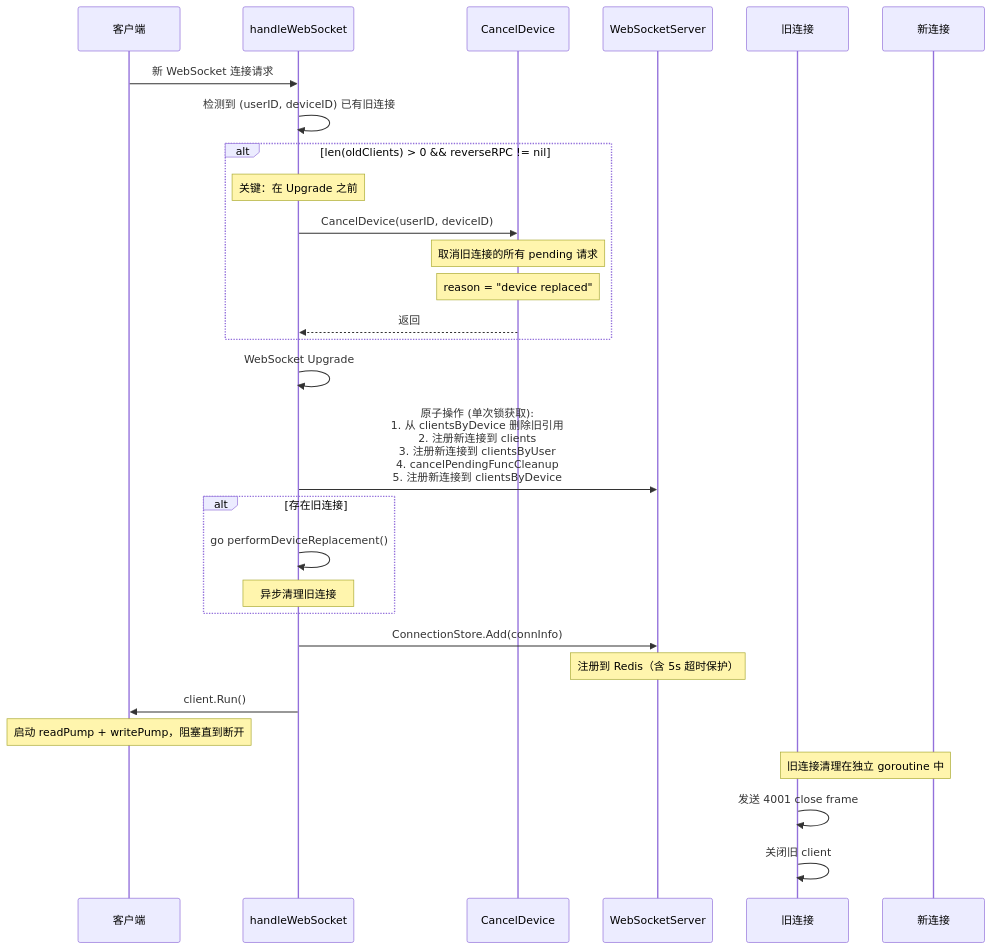
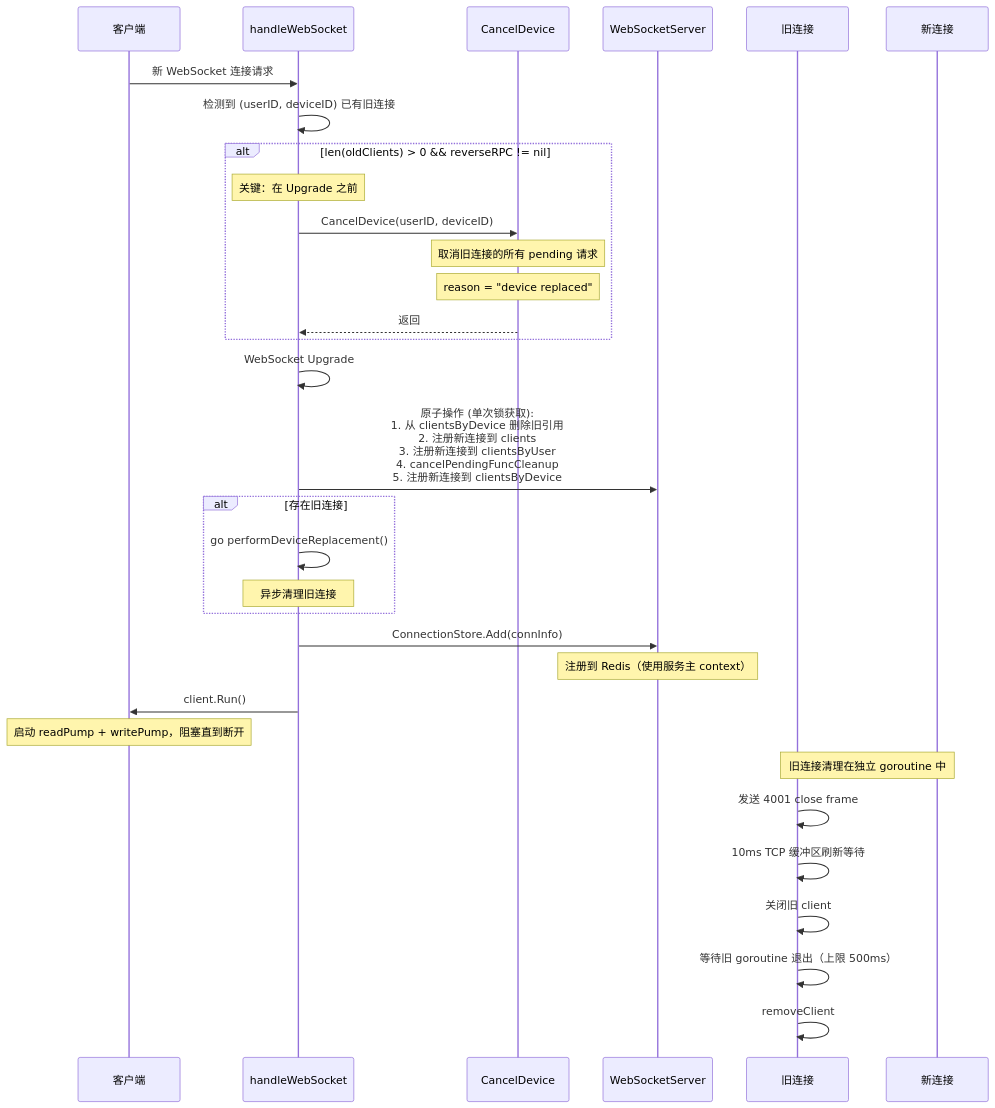
Before and after one commit to PineappleBond/xyncra-server: the tenth of 12 diagrams in wiki/flows/reverse-rpc.md, drawn with Mermaid. The commit also changed other lines of this file and 3 other files, not shown here.

Commit message:
docs(wiki): accuracy improvements across flow documents

````diff
--- a/wiki/flows/reverse-rpc.md
+++ b/wiki/flows/reverse-rpc.md
@@ -807,39 +807,42 @@
 ```mermaid
 sequenceDiagram
     participant Client as 客户端
     participant Handler as handleWebSocket
     participant CD as CancelDevice
     participant WS as WebSocketServer
     participant OldConn as 旧连接
     participant NewConn as 新连接
 
     Client->>Handler: 新 WebSocket 连接请求
     Handler->>Handler: 检测到 (userID, deviceID) 已有旧连接
 
     alt len(oldClients) > 0 && reverseRPC != nil
         Note over Handler: 关键：在 Upgrade 之前
 
         Handler->>CD: CancelDevice(userID, deviceID)
         Note over CD: 取消旧连接的所有 pending 请求
         Note over CD: reason = "device replaced"
         CD-->>Handler: 返回
     end
 
     Handler->>Handler: WebSocket Upgrade
     Handler->>WS: 原子操作 (单次锁获取):<br/>1. 从 clientsByDevice 删除旧引用<br/>2. 注册新连接到 clients<br/>3. 注册新连接到 clientsByUser<br/>4. cancelPendingFuncCleanup<br/>5. 注册新连接到 clientsByDevice
 
     alt 存在旧连接
         Handler->>Handler: go performDeviceReplacement()
         Note over Handler: 异步清理旧连接
     end
 
     Handler->>WS: ConnectionStore.Add(connInfo)
-    Note over WS: 注册到 Redis（含 5s 超时保护）
+    Note over WS: 注册到 Redis（使用服务主 context）
 
     Handler->>Client: client.Run()
     Note over Client: 启动 readPump + writePump，阻塞直到断开
 
     Note over OldConn,NewConn: 旧连接清理在独立 goroutine 中
     OldConn->>OldConn: 发送 4001 close frame
+    OldConn->>OldConn: 10ms TCP 缓冲区刷新等待
     OldConn->>OldConn: 关闭旧 client
+    OldConn->>OldConn: 等待旧 goroutine 退出（上限 500ms）
+    OldConn->>OldConn: removeClient
 ```
````
